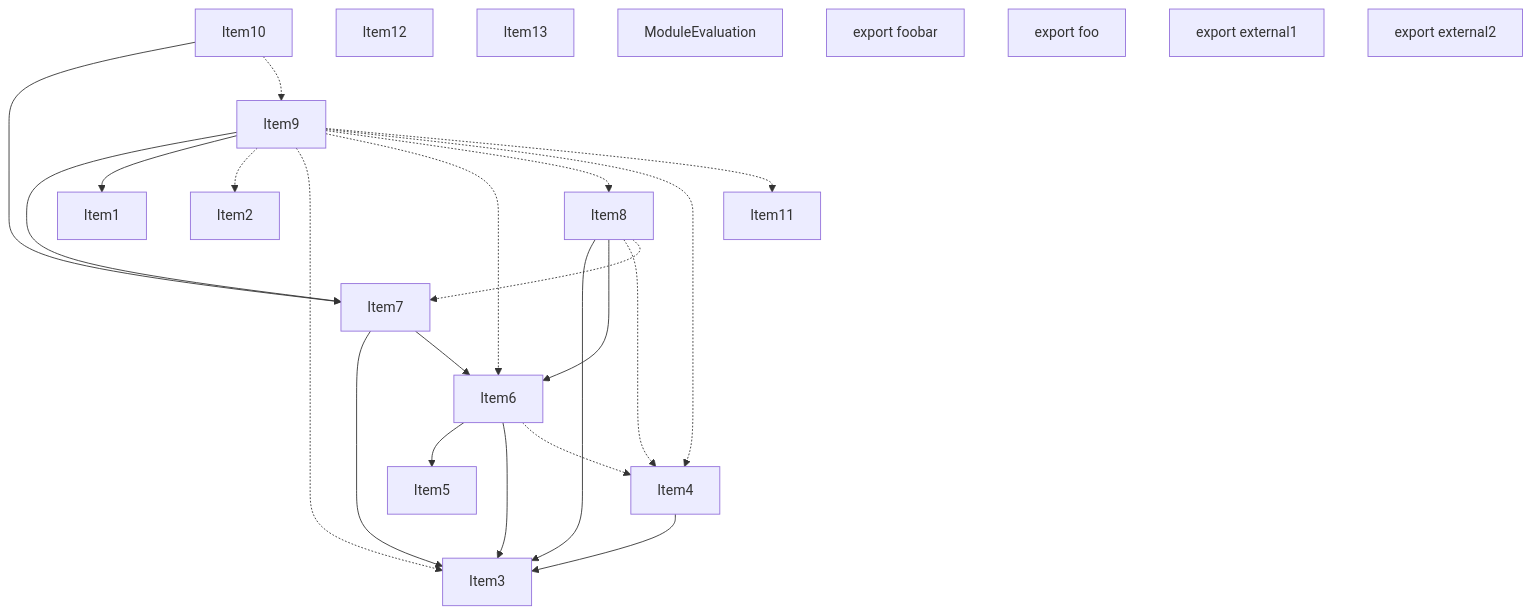
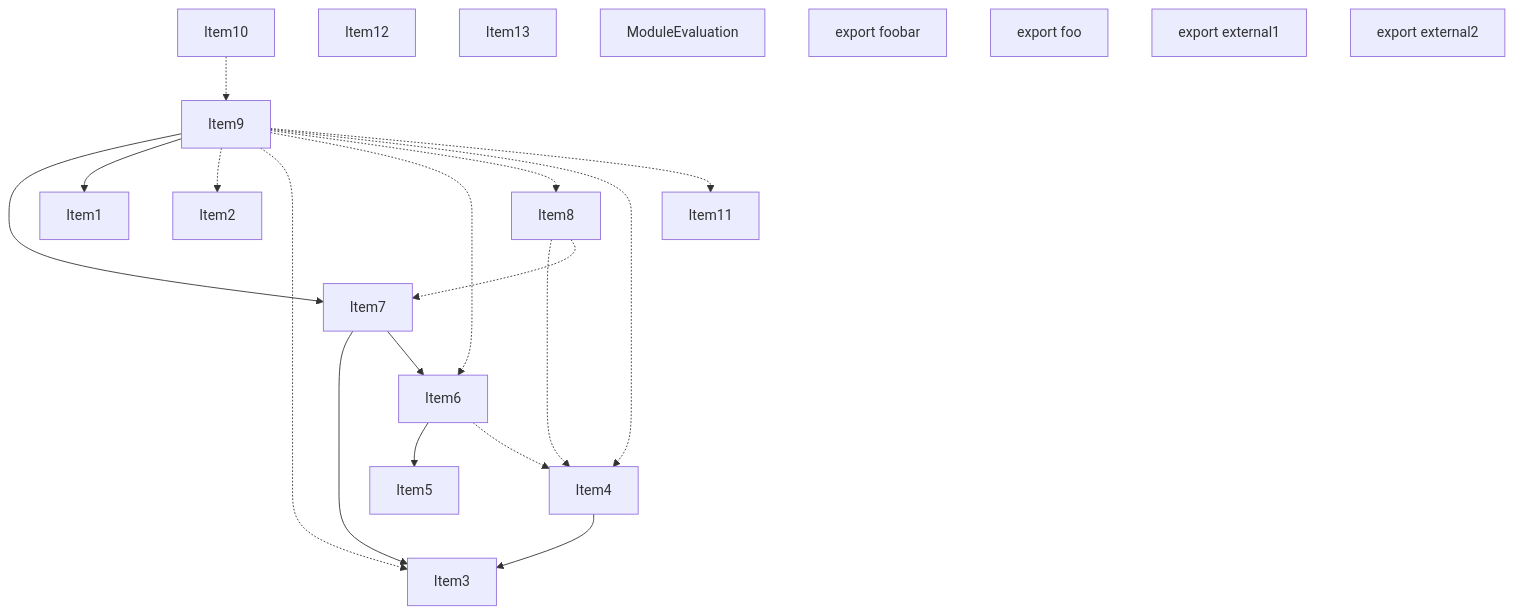
One commit to vercel/turborepo changed the second of 5 diagrams in crates/turbopack-ecmascript/tests/tree-shaker/analyzer/1/output.md. Above: the diagram before and after it, drawn with Mermaid. The commit also changed other lines of this file and 23 other files, not shown here.

````diff
--- a/crates/turbopack-ecmascript/tests/tree-shaker/analyzer/1/output.md
+++ b/crates/turbopack-ecmascript/tests/tree-shaker/analyzer/1/output.md
@@ -164,46 +162,42 @@
 ```mermaid
 graph TD
     Item1;
     Item2;
     Item3;
     Item4;
     Item5;
     Item6;
     Item7;
     Item8;
     Item9;
     Item10;
     Item11;
     Item12;
     Item13;
     Item14;
     Item14["ModuleEvaluation"];
     Item15;
     Item15["export foobar"];
     Item16;
     Item16["export foo"];
     Item17;
     Item17["export external1"];
     Item18;
     Item18["export external2"];
     Item4 --> Item3;
     Item6 --> Item5;
-    Item6 --> Item3;
     Item6 -.-> Item4;
     Item7 --> Item3;
     Item7 --> Item6;
-    Item8 --> Item3;
-    Item8 --> Item6;
     Item8 -.-> Item4;
     Item8 -.-> Item7;
     Item9 --> Item7;
     Item9 --> Item1;
     Item9 -.-> Item2;
     Item9 -.-> Item3;
     Item9 -.-> Item6;
     Item9 -.-> Item8;
     Item9 -.-> Item4;
     Item9 -.-> Item11;
-    Item10 --> Item7;
     Item10 -.-> Item9;
 ```
````
